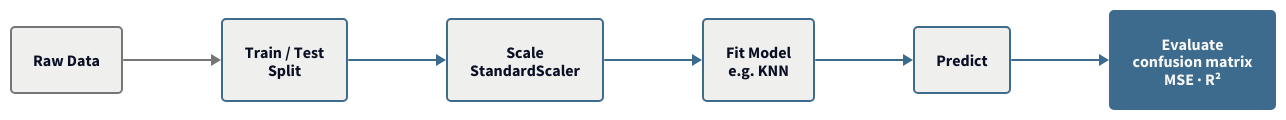
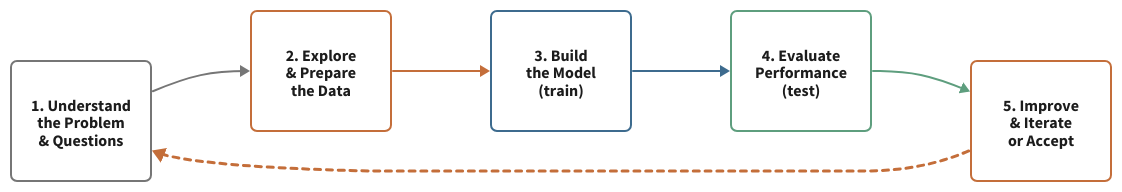
One commit to dannycab/MSU_REU_ML_course changed the diagram in slides/figures/d2/ml-pipeline.d2. Above: the diagram before and after it, drawn with D2. The commit also changed 59 other files, not shown here.

```diff
--- a/slides/figures/d2/ml-pipeline.d2
+++ b/slides/figures/d2/ml-pipeline.d2
@@ -1,39 +1,66 @@
+# The Machine Learning Framework
+# High-level: understand data → build → evaluate → improve
+# Practical: iterate until the model is good enough
+
 direction: right
 
-data: "Raw Data" {
-  style.fill: "#EFEFED"
+# Understand & Explore Phase
+understand: "1. Understand\nthe Problem\n& Questions" {
+  style.fill: "transparent"
   style.stroke: "#767676"
-  style.border-radius: 4
-}
-split: "Train / Test\nSplit" {
-  style.fill: "#EFEFED"
-  style.stroke: "#3D6B8E"
-  style.border-radius: 4
-}
-scale: "Scale\nStandardScaler" {
-  style.fill: "#EFEFED"
-  style.stroke: "#3D6B8E"
-  style.border-radius: 4
-}
-fit: "Fit Model\ne.g. KNN" {
-  style.fill: "#EFEFED"
-  style.stroke: "#3D6B8E"
-  style.border-radius: 4
-}
-predict: "Predict" {
-  style.fill: "#EFEFED"
-  style.stroke: "#3D6B8E"
-  style.border-radius: 4
-}
-evaluate: "Evaluate\nconfusion matrix\nMSE · R²" {
-  style.fill: "#3D6B8E"
-  style.stroke: "#3D6B8E"
-  style.font-color: "#F7F7F5"
-  style.border-radius: 4
+  style.font-color: "#1C1C1C"
+  style.border-radius: 6
+  style.stroke-width: 2
+  width: 140
+  height: 120
 }
 
-data -> split: {style.stroke: "#767676"}
-split -> scale: {style.stroke: "#3D6B8E"}
-scale -> fit: {style.stroke: "#3D6B8E"}
-fit -> predict: {style.stroke: "#3D6B8E"}
-predict -> evaluate: {style.stroke: "#3D6B8E"}
+explore: "2. Explore\n& Prepare\nthe Data" {
+  style.fill: "transparent"
+  style.stroke: "#C46E3A"
+  style.font-color: "#1C1C1C"
+  style.border-radius: 6
+  style.stroke-width: 2
+  width: 140
+  height: 120
+}
+
+# Build Phase - the pipeline
+build: "3. Build\nthe Model\n(train)" {
+  style.fill: "transparent"
+  style.stroke: "#3D6B8E"
+  style.font-color: "#1C1C1C"
+  style.border-radius: 6
+  style.stroke-width: 2
+  width: 140
+  height: 120
+}
+
+# Evaluate Phase
+evaluate: "4. Evaluate\nPerformance\n(test)" {
+  style.fill: "transparent"
+  style.stroke: "#5E9E7E"
+  style.font-color: "#1C1C1C"
+  style.border-radius: 6
+  style.stroke-width: 2
+  width: 140
+  height: 120
+}
+
+# Improve Phase - loops back
+improve: "5. Improve\n& Iterate\nor Accept" {
+  style.fill: "transparent"
+  style.stroke: "#C46E3A"
+  style.font-color: "#1C1C1C"
+  style.border-radius: 6
+  style.stroke-width: 2
+  width: 140
+  height: 120
+}
+
+# The flow
+understand -> explore: {style.stroke: "#767676"; style.stroke-width: 2}
+explore -> build: {style.stroke: "#C46E3A"; style.stroke-width: 2}
+build -> evaluate: {style.stroke: "#3D6B8E"; style.stroke-width: 2}
+evaluate -> improve: {style.stroke: "#5E9E7E"; style.stroke-width: 2}
+improve -> understand: {style.stroke: "#C46E3A"; style.stroke-width: 3; style.stroke-dash: 2}
```
